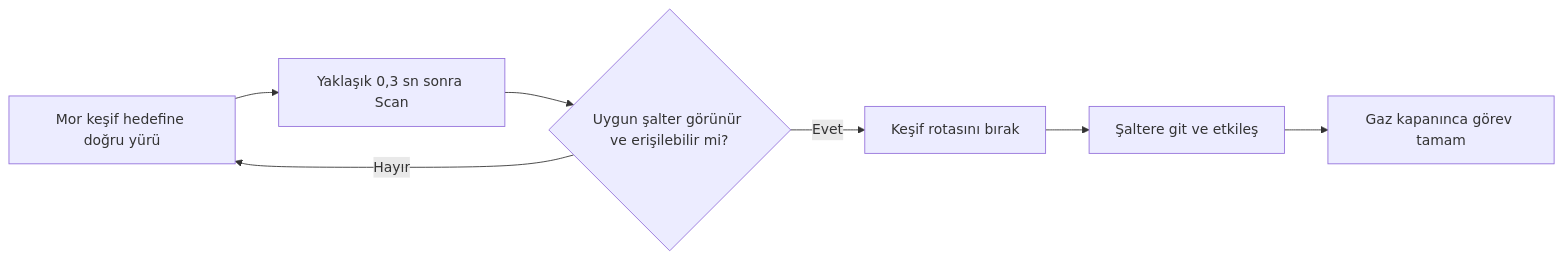
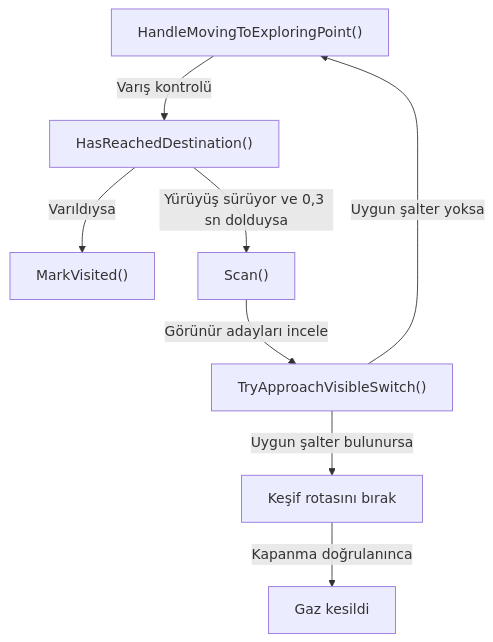
Before and after one commit to omerkocman/YazLab-1: the eighth of 9 diagrams in README.md, drawn with Mermaid. The commit also changed other lines of this file and 13 other files, not shown here.

Commit message:
Clarify robot diagrams and local model test results

````diff
--- a/README.md
+++ b/README.md
@@ -188,9 +240,10 @@
 ```mermaid
-flowchart LR
-    A["Mor keşif hedefine doğru yürü"] --> B["Yaklaşık 0,3 sn sonra Scan"]
-    B --> C{"Uygun şalter görünür ve erişilebilir mi?"}
-    C -- Hayır --> A
-    C -- Evet --> D["Keşif rotasını bırak"]
-    D --> E["Şaltere git ve etkileş"]
-    E --> F["Gaz kapanınca görev tamam"]
+flowchart TD
+    A["HandleMovingToExploringPoint()"] -->|"Varış kontrolü"| B["HasReachedDestination()"]
+    B -->|"Varıldıysa"| V["MarkVisited()"]
+    B -->|"Yürüyüş sürüyor ve 0,3 sn dolduysa"| C["Scan()"]
+    C -->|"Görünür adayları incele"| D["TryApproachVisibleSwitch()"]
+    D -->|"Uygun şalter bulunursa"| E["Keşif rotasını bırak"]
+    E -->|"Kapanma doğrulanınca"| F["Gaz kesildi"]
+    D -->|"Uygun şalter yoksa"| A
 ```
````
